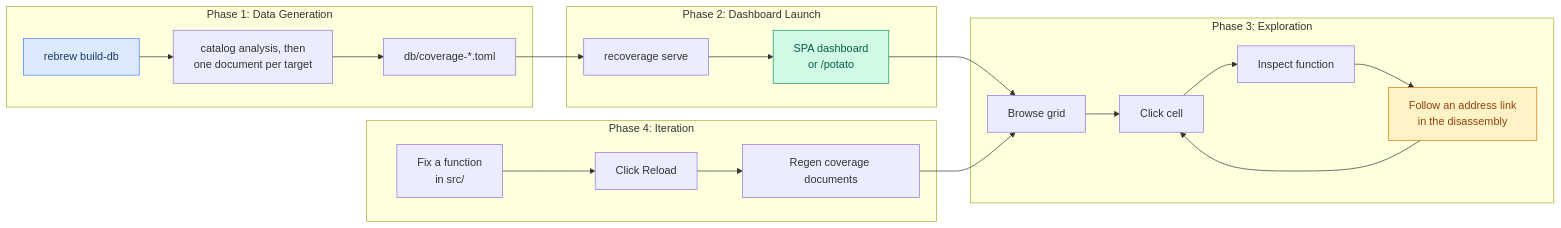
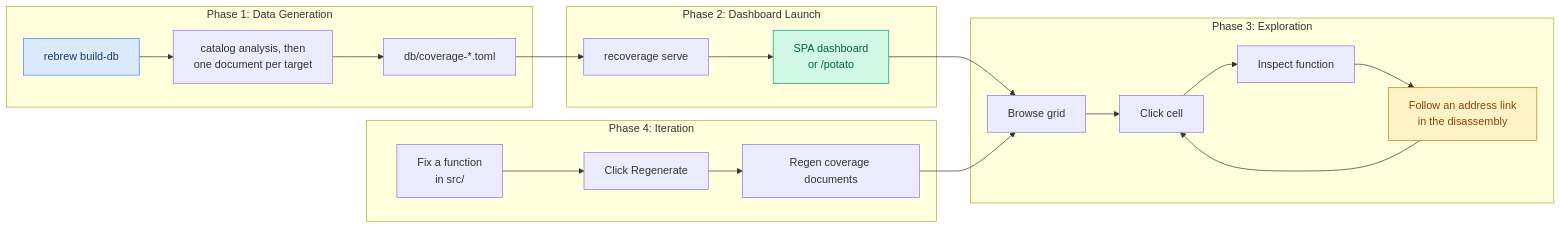
Diagram 18 of 18 in docs/USER_STORIES.md (maci0/recoverage), drawn with Mermaid before and after one commit. The commit also changed other lines of this file and 9 other files, not shown here.

````diff
--- a/docs/USER_STORIES.md
+++ b/docs/USER_STORIES.md
@@ -571,30 +579,30 @@
 ```mermaid
 graph LR
     subgraph "Phase 1: Data Generation"
         A["rebrew build-db"] --> B["catalog analysis, then<br/>one document per target"]
         B --> C["db/coverage-*.toml"]
     end
 
     subgraph "Phase 2: Dashboard Launch"
         C --> E["recoverage serve"]
         E --> F["SPA dashboard<br/>or /potato"]
     end
 
     subgraph "Phase 3: Exploration"
         F --> G["Browse grid"]
         G --> H["Click cell"]
         H --> I["Inspect function"]
         I --> J["Follow an address link<br/>in the disassembly"]
         J --> H
     end
 
     subgraph "Phase 4: Iteration"
-        K["Fix a function<br/>in src/"] --> L["Click Reload"]
+        K["Fix a function<br/>in src/"] --> L["Click Regenerate"]
         L --> M["Regen coverage documents"]
         M --> G
     end
 
     style A fill:#dbeafe,stroke:#3b82f6,color:#1e3a5f
     style F fill:#d1fae5,stroke:#059669,color:#065f46
     style J fill:#fef3c7,stroke:#d97706,color:#92400e
 ```
````
